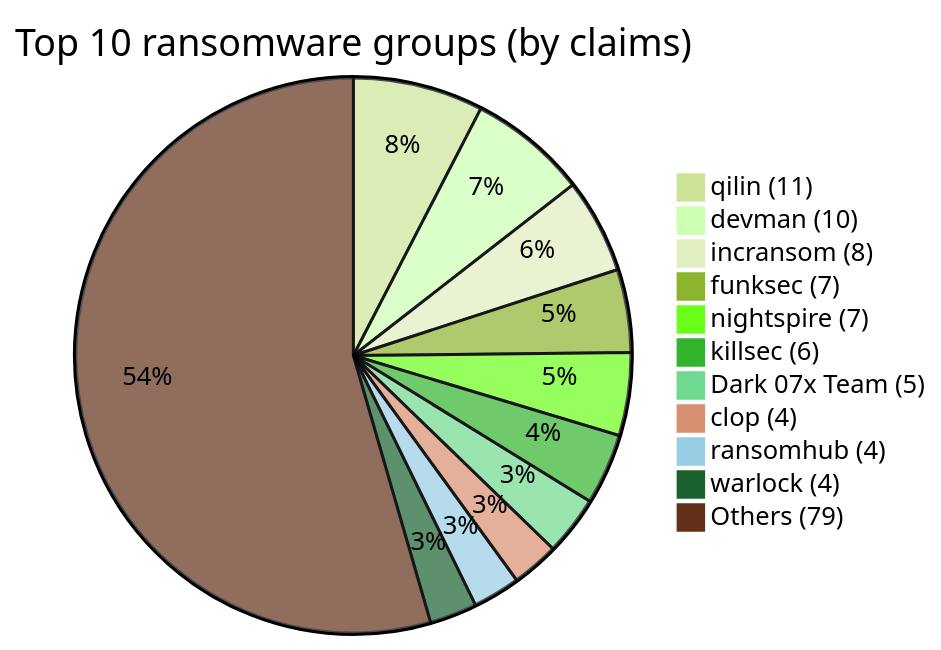
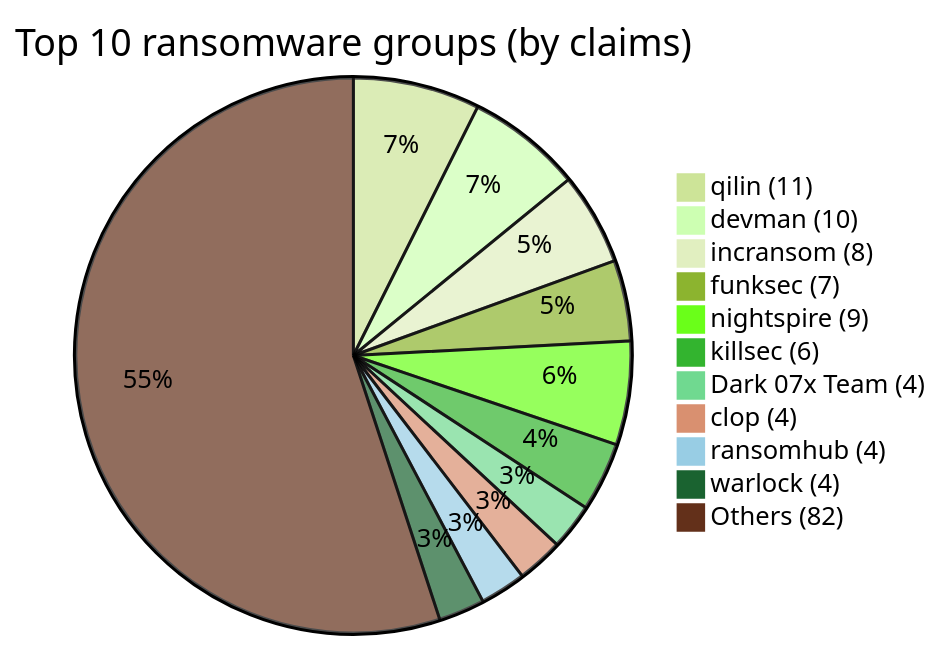
Before and after one commit to Hatchepsoute/AFRINTEL: the fourth of 10 diagrams in statistics/2025/README.md, drawn with Mermaid (forest theme). The commit also changed other lines of this file and 85 other files, not shown here.

````diff
--- a/statistics/2025/README.md
+++ b/statistics/2025/README.md
@@ -109,14 +109,14 @@
 ```mermaid
 pie title Top 10 ransomware groups (by claims)
     "qilin (11)" : 11
     "devman (10)" : 10
     "incransom (8)" : 8
     "funksec (7)" : 7
-    "nightspire (7)" : 7
+    "nightspire (9)" : 9
     "killsec (6)" : 6
-    "Dark 07x Team (5)" : 5
+    "Dark 07x Team (4)" : 4
     "clop (4)" : 4
     "ransomhub (4)" : 4
     "warlock (4)" : 4
-    "Others (79)" : 79
+    "Others (82)" : 82
 ```
````
